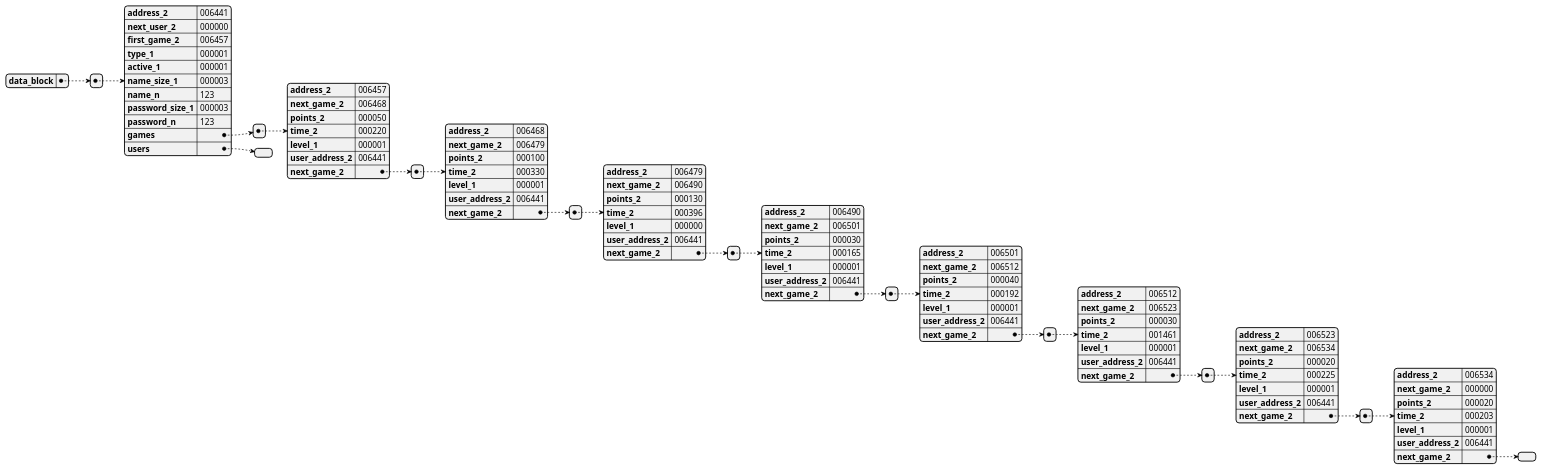
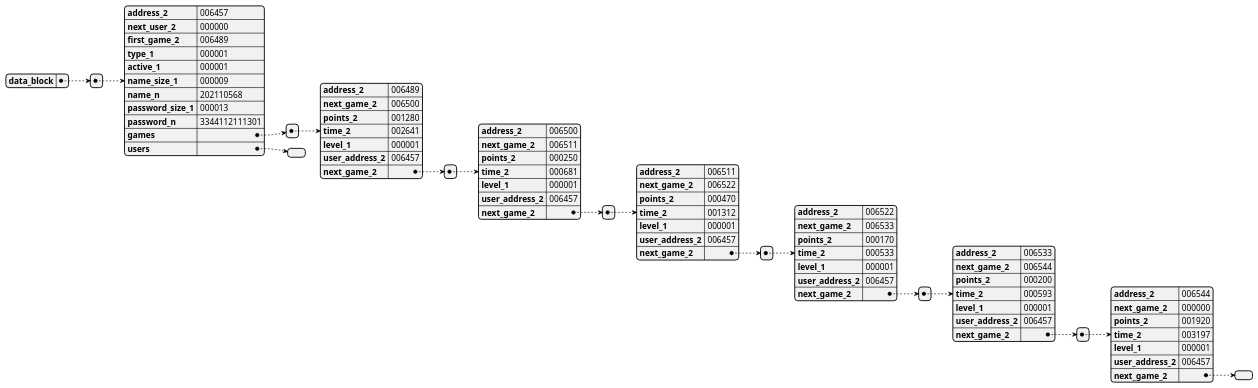
One commit to damianpeaf/ACE1_Proyecto2 changed the diagram in src/MEMORY_R.MD. Above: the diagram before and after it, drawn with PlantUML. The commit also changed 4 other files, not shown here.

```diff
--- a/src/MEMORY_R.MD
+++ b/src/MEMORY_R.MD
@@ -3,84 +3,64 @@
 {
 "data_block": [
 {
-"address_2": "006441",
+"address_2": "006457",
 "next_user_2": "000000",
-"first_game_2": "006457",
+"first_game_2": "006489",
 "type_1": "000001",
 "active_1": "000001",
-"name_size_1": "000003",
-"name_n": "123",
-"password_size_1": "000003",
-"password_n": "123",
+"name_size_1": "000009",
+"name_n": "202110568",
+"password_size_1": "000013",
+"password_n": "3344112111301",
 "games": [
 {
-"address_2": "006457",
-"next_game_2": "006468",
-"points_2": "000050",
-"time_2": "000220",
+"address_2": "006489",
+"next_game_2": "006500",
+"points_2": "001280",
+"time_2": "002641",
 "level_1": "000001",
-"user_address_2": "006441",
+"user_address_2": "006457",
 "next_game_2": [
 {
-"address_2": "006468",
-"next_game_2": "006479",
-"points_2": "000100",
-"time_2": "000330",
+"address_2": "006500",
+"next_game_2": "006511",
+"points_2": "000250",
+"time_2": "000681",
 "level_1": "000001",
-"user_address_2": "006441",
+"user_address_2": "006457",
 "next_game_2": [
 {
-"address_2": "006479",
-"next_game_2": "006490",
-"points_2": "000130",
-"time_2": "000396",
-"level_1": "000000",
-"user_address_2": "006441",
+"address_2": "006511",
+"next_game_2": "006522",
+"points_2": "000470",
+"time_2": "001312",
+"level_1": "000001",
+"user_address_2": "006457",
 "next_game_2": [
 {
-"address_2": "006490",
-"next_game_2": "006501",
-"points_2": "000030",
-"time_2": "000165",
+"address_2": "006522",
+"next_game_2": "006533",
+"points_2": "000170",
+"time_2": "000533",
 "level_1": "000001",
-"user_address_2": "006441",
+"user_address_2": "006457",
 "next_game_2": [
 {
-"address_2": "006501",
-"next_game_2": "006512",
-"points_2": "000040",
-"time_2": "000192",
+"address_2": "006533",
+"next_game_2": "006544",
+"points_2": "000200",
+"time_2": "000593",
 "level_1": "000001",
-"user_address_2": "006441",
+"user_address_2": "006457",
 "next_game_2": [
 {
-"address_2": "006512",
-"next_game_2": "006523",
-"points_2": "000030",
-"time_2": "001461",
+"address_2": "006544",
+"next_game_2": "000000",
+"points_2": "001920",
+"time_2": "003197",
 "level_1": "000001",
-"user_address_2": "006441",
+"user_address_2": "006457",
 "next_game_2": [
-{
-"address_2": "006523",
-"next_game_2": "006534",
-"points_2": "000020",
-"time_2": "000225",
-"level_1": "000001",
-"user_address_2": "006441",
-"next_game_2": [
-{
-"address_2": "006534",
-"next_game_2": "000000",
-"points_2": "000020",
-"time_2": "000203",
-"level_1": "000001",
-"user_address_2": "006441",
-"next_game_2": [
-]
-}
-]
-}
 ]
 }
 ]
```
